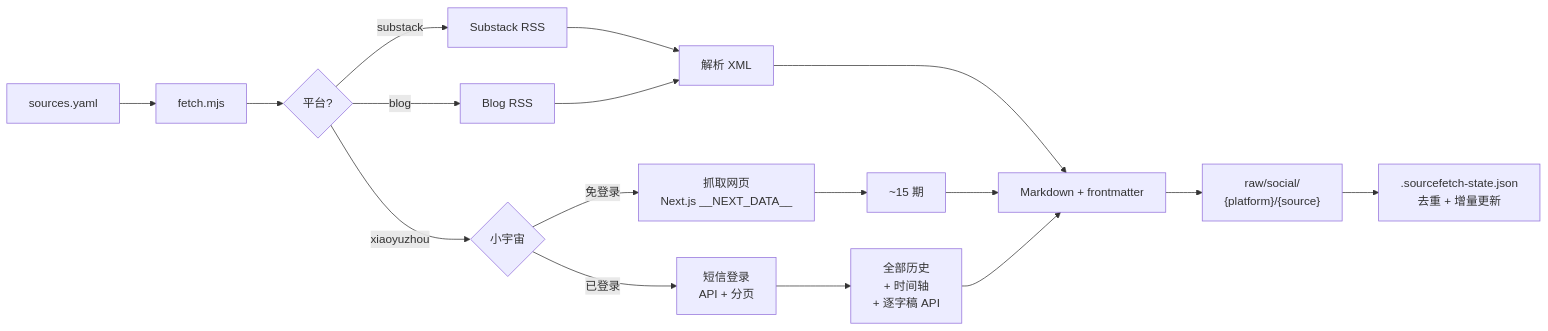
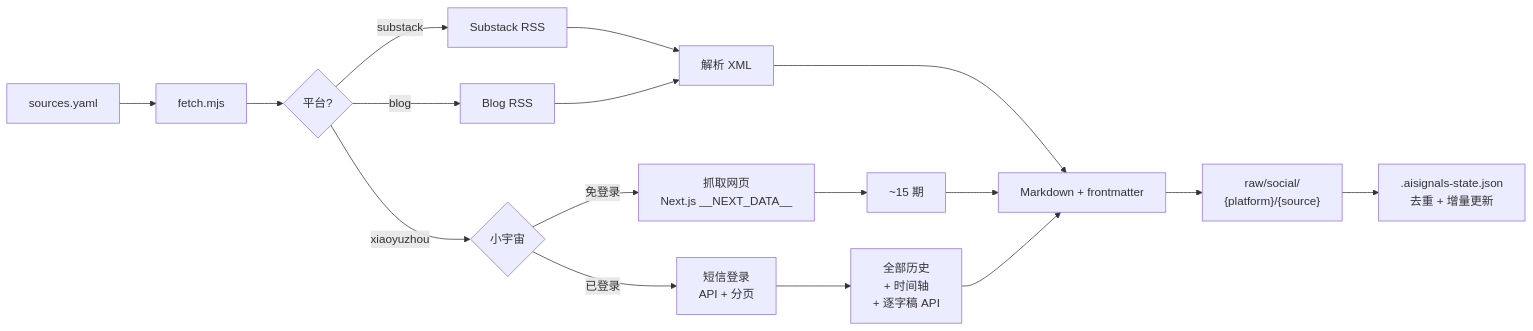
One commit to Royce17/AI-Signals changed the diagram in README.zh-CN.md. Above: the diagram before and after it, drawn with Mermaid. The commit also changed other lines of this file and 14 other files, not shown here.

````diff
--- a/README.zh-CN.md
+++ b/README.zh-CN.md
@@ -39,32 +39,32 @@
 ```mermaid
 flowchart LR
     A[sources.yaml] --> B[fetch.mjs]
     B --> C{平台?}
 
     C -->|substack| D[Substack RSS]
     C -->|blog| E[Blog RSS]
     C -->|xiaoyuzhou| F{小宇宙}
 
     D --> G[解析 XML]
     E --> G
 
     F -->|免登录| H["抓取网页
 Next.js __NEXT_DATA__"]
     F -->|已登录| I["短信登录
 API + 分页"]
 
     H --> J[~15 期]
     I --> K["全部历史
 + 时间轴
 + 逐字稿 API"]
 
     G --> L[Markdown + frontmatter]
     J --> L
     K --> L
 
     L --> M["raw/social/
 {platform}/{source}"]
 
-    M --> N[".sourcefetch-state.json
+    M --> N[".aisignals-state.json
 去重 + 增量更新"]
 ```
````
